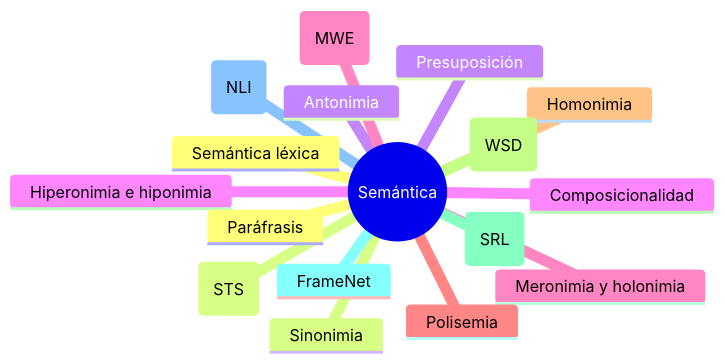
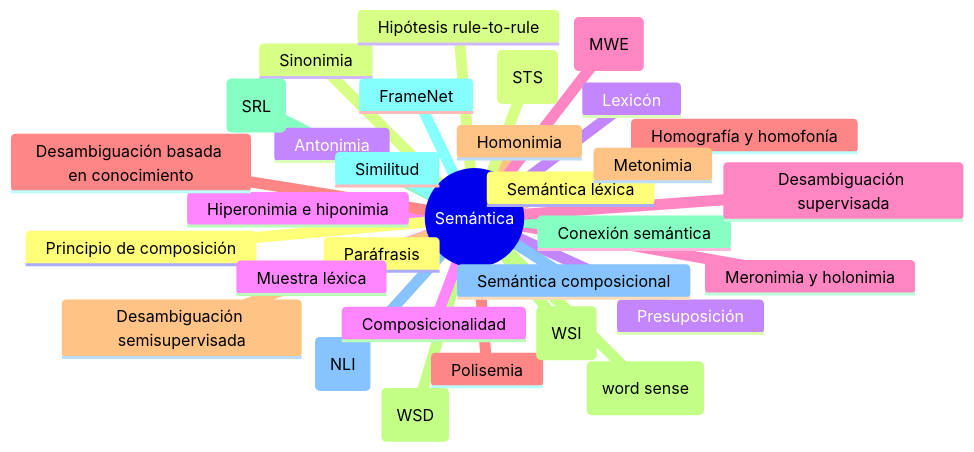
The sixth of 27 diagrams in src/src/data/blog/2026/04/es/glosario-linguistica-nlp.mdx (rgglez/rgglez-website), drawn with Mermaid before and after one commit. The commit also changed other lines of this file and 25 other files, not shown here.

Commit message:
Mermaid improvements

````diff
--- a/src/src/data/blog/2026/04/es/glosario-linguistica-nlp.mdx
+++ b/src/src/data/blog/2026/04/es/glosario-linguistica-nlp.mdx
@@ -638,20 +793,34 @@
 ```mermaid
 mindmap
   root((Semántica))
     Semántica léxica
     Sinonimia
     Antonimia
     Hiperonimia e hiponimia
     Meronimia y holonimia
     Polisemia
     Homonimia
     Word Sense Disambiguation (WSD)
     Semantic Role Labeling (SRL)
     FrameNet
     Implicación textual (NLI)
     Paráfrasis
     Semantic Textual Similarity (STS)
     Presuposición
     Composicionalidad
     Multi-Word Expressions (MWE)
+    Homografía y homofonía
+    Metonimia
+    Sentido de la palabra (word sense)
+    Conexión semántica
+    Similitud
+    Semántica composicional
+    Principio de composición
+    Hipótesis rule-to-rule
+    Lexicón
+    Muestra léxica
+    Desambiguación supervisada
+    Desambiguación basada en conocimiento
+    Desambiguación semisupervisada
+    Desambiguación no supervisada (WSI)
 ```
````
